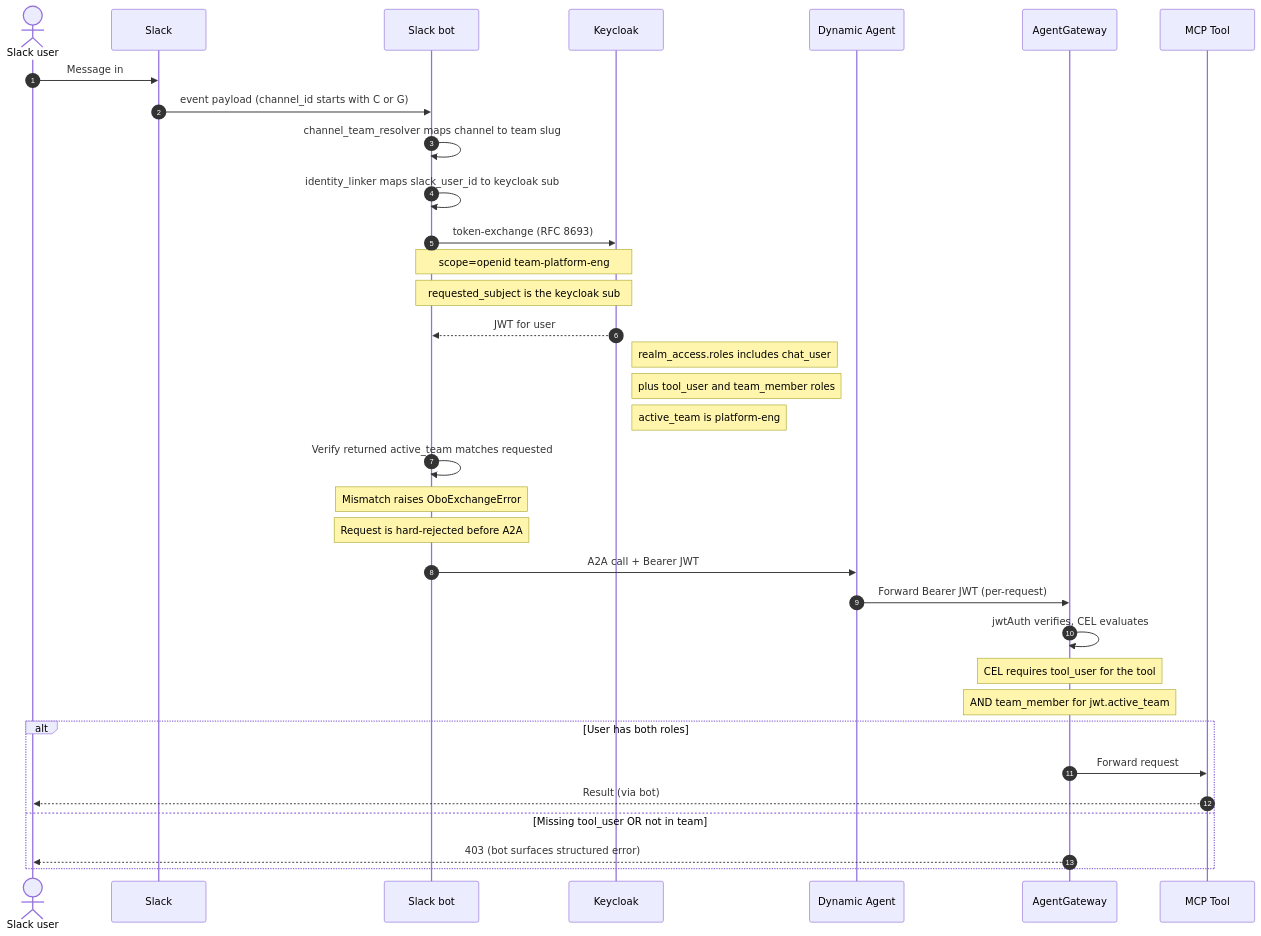
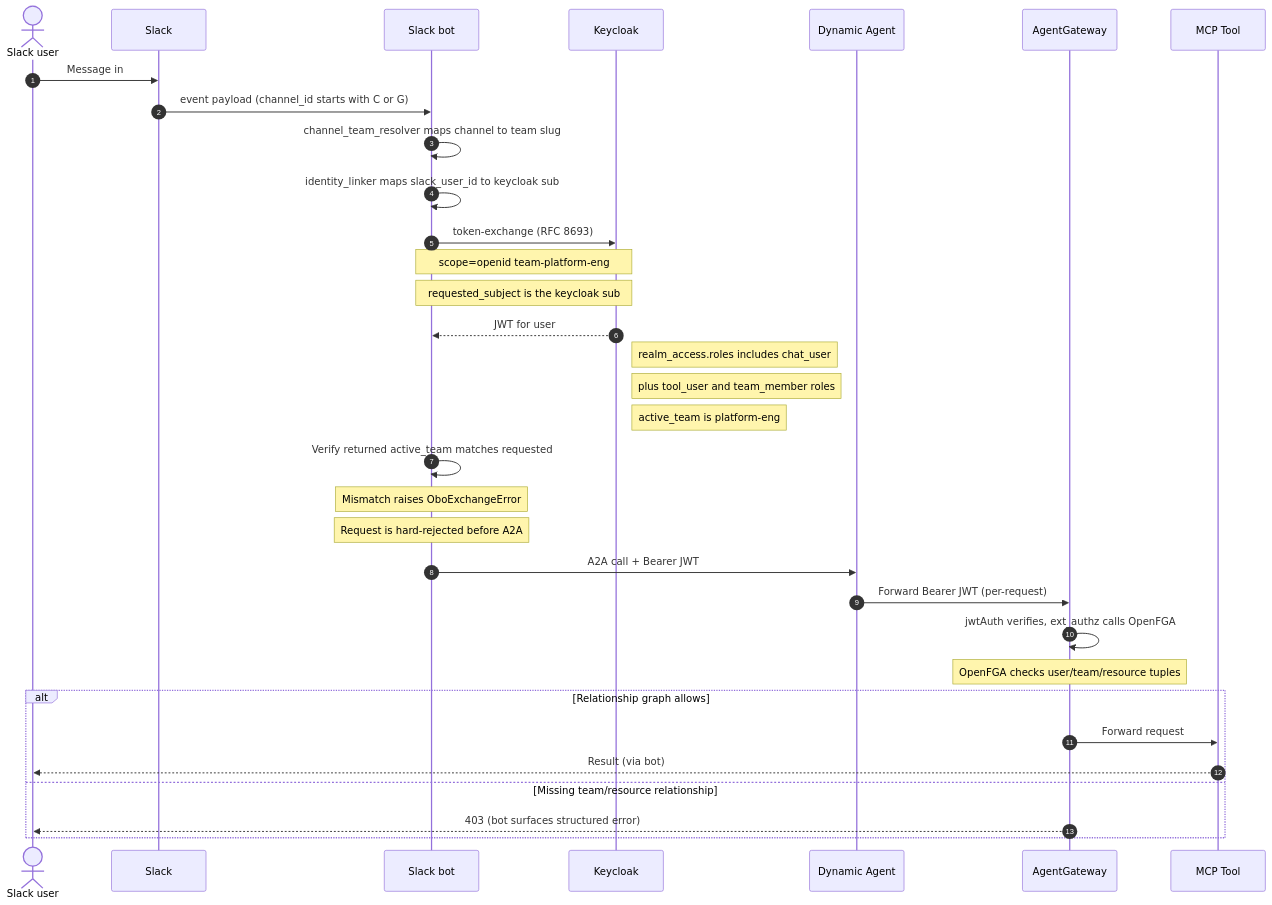
The fourth of 5 diagrams in docs/docs/security/rbac/roles-scopes-comparison.md (cnoe-io/ai-platform-engineering), drawn with Mermaid before and after one commit. The commit also changed other lines of this file and 8 other files, not shown here.

````diff
--- a/docs/docs/security/rbac/roles-scopes-comparison.md
+++ b/docs/docs/security/rbac/roles-scopes-comparison.md
@@ -453,38 +450,37 @@
 ```mermaid
 sequenceDiagram
     autonumber
     actor SlackUser as Slack user
     participant Slack
     participant Bot as Slack bot
     participant KC as Keycloak
     participant SUP as Dynamic Agent
     participant AGW as AgentGateway
     participant MCP as MCP Tool
 
     SlackUser->>Slack: Message in #platform-eng
     Slack->>Bot: event payload (channel_id starts with C or G)
     Bot->>Bot: channel_team_resolver maps channel to team slug
     Bot->>Bot: identity_linker maps slack_user_id to keycloak sub
     Bot->>KC: token-exchange (RFC 8693)
     Note over Bot,KC: scope=openid team-platform-eng
     Note over Bot,KC: requested_subject is the keycloak sub
     KC-->>Bot: JWT for user
     Note right of KC: realm_access.roles includes chat_user
     Note right of KC: plus tool_user and team_member roles
     Note right of KC: active_team is platform-eng
     Bot->>Bot: Verify returned active_team matches requested
     Note over Bot: Mismatch raises OboExchangeError
     Note over Bot: Request is hard-rejected before A2A
 
     Bot->>SUP: A2A call + Bearer JWT
     SUP->>AGW: Forward Bearer JWT (per-request)
-    AGW->>AGW: jwtAuth verifies, CEL evaluates
-    Note over AGW: CEL requires tool_user for the tool
-    Note over AGW: AND team_member for jwt.active_team
-    alt User has both roles
+    AGW->>AGW: jwtAuth verifies, ext_authz calls OpenFGA
+    Note over AGW: OpenFGA checks user/team/resource tuples
+    alt Relationship graph allows
         AGW->>MCP: Forward request
         MCP-->>SlackUser: Result (via bot)
-    else Missing tool_user OR not in team
+    else Missing team/resource relationship
         AGW-->>SlackUser: 403 (bot surfaces structured error)
     end
 ```
````
